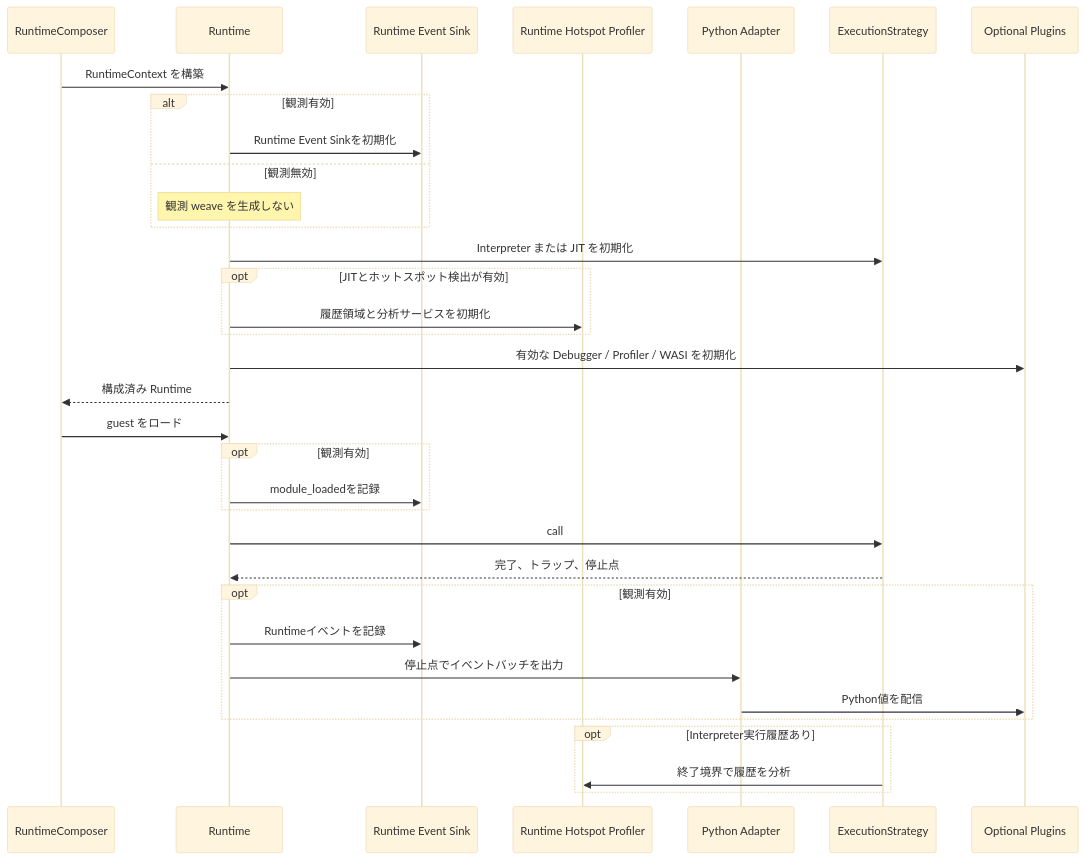
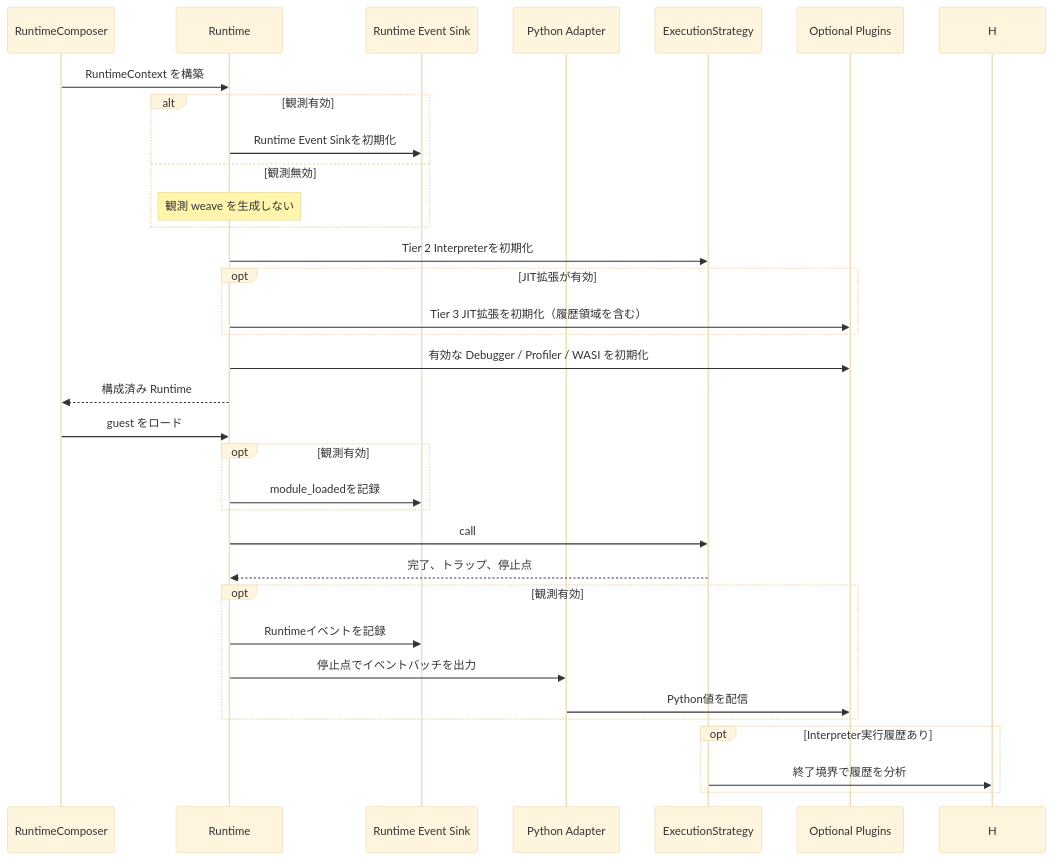
The second of 2 diagrams in docs/components/tier2_runtime/runtime_plugin_architecture.md (kmt-t/fireball), drawn with Mermaid (base theme) before and after one commit. The commit also changed other lines of this file and 354 other files, not shown here.

````diff
--- a/docs/components/tier2_runtime/runtime_plugin_architecture.md
+++ b/docs/components/tier2_runtime/runtime_plugin_architecture.md
@@ -91,36 +82,35 @@
 ```mermaid
 sequenceDiagram
     participant C as RuntimeComposer
     participant R as Runtime
     participant O as Runtime Event Sink
-    participant H as Runtime Hotspot Profiler
     participant A as Python Adapter
     participant E as ExecutionStrategy
     participant P as Optional Plugins
     C->>R: RuntimeContext を構築
     alt 観測有効
         R->>O: Runtime Event Sinkを初期化
     else 観測無効
         Note over R: 観測 weave を生成しない
     end
-    R->>E: Interpreter または JIT を初期化
-    opt JITとホットスポット検出が有効
-        R->>H: 履歴領域と分析サービスを初期化
+    R->>E: Tier 2 Interpreterを初期化
+    opt JIT拡張が有効
+        R->>P: Tier 3 JIT拡張を初期化（履歴領域を含む）
     end
     R->>P: 有効な Debugger / Profiler / WASI を初期化
     R-->>C: 構成済み Runtime
     C->>R: guest をロード
     opt 観測有効
         R->>O: module_loadedを記録
     end
     R->>E: call
     E-->>R: 完了、トラップ、停止点
     opt 観測有効
         R->>O: Runtimeイベントを記録
         R->>A: 停止点でイベントバッチを出力
         A->>P: Python値を配信
     end
     opt Interpreter実行履歴あり
         E->>H: 終了境界で履歴を分析
     end
 ```
````
